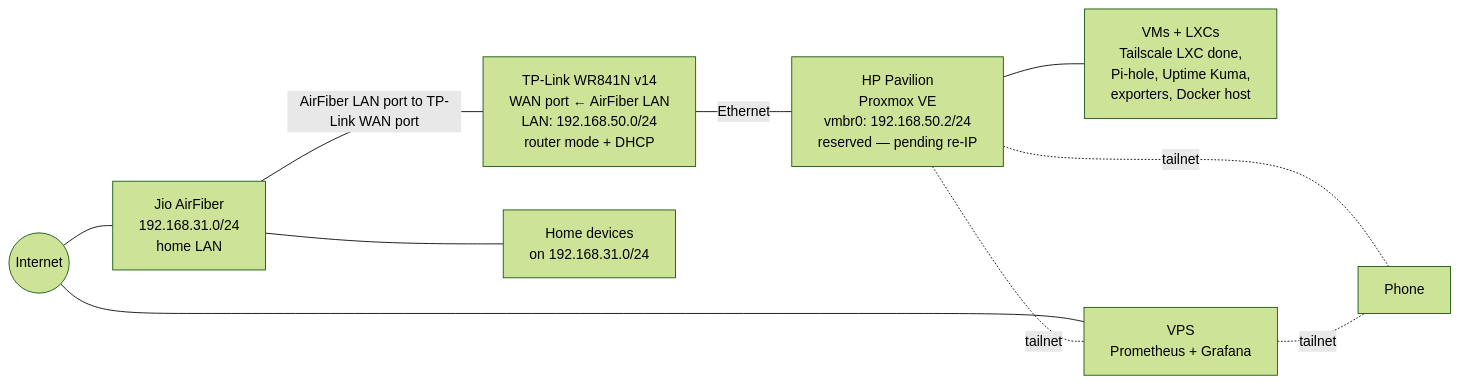
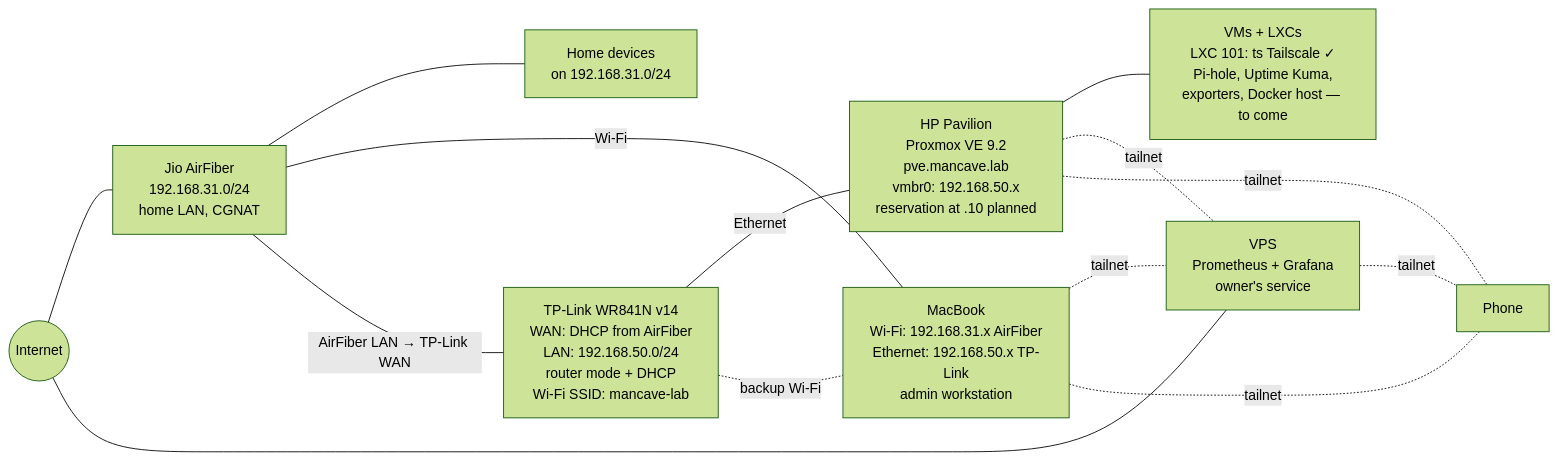
The first of 2 diagrams in topology.md (SaiVikrantG/mancave.lab), drawn with Mermaid (forest theme) before and after one commit. The commit also changed other lines of this file and 2 other files, not shown here.

````diff
--- a/topology.md
+++ b/topology.md
@@ -53,22 +15,27 @@
 ```mermaid
 graph LR
     INET((Internet))
-    JIO[Jio AirFiber<br/>192.168.31.0/24<br/>home LAN]
-    TPL[TP-Link WR841N v14<br/>WAN port ← AirFiber LAN<br/>LAN: 192.168.50.0/24<br/>router mode + DHCP]
-    HP[HP Pavilion<br/>Proxmox VE<br/>vmbr0: 192.168.50.2/24<br/>reserved — pending re-IP]
-    VMS[VMs + LXCs<br/>Tailscale LXC done,<br/>Pi-hole, Uptime Kuma,<br/>exporters, Docker host]
-    VPS[VPS<br/>Prometheus + Grafana]
+    JIO[Jio AirFiber<br/>192.168.31.0/24<br/>home LAN, CGNAT]
+    TPL[TP-Link WR841N v14<br/>WAN: DHCP from AirFiber<br/>LAN: 192.168.50.0/24<br/>router mode + DHCP<br/>Wi-Fi SSID: mancave-lab]
+    HP[HP Pavilion<br/>Proxmox VE 9.2<br/>pve.mancave.lab<br/>vmbr0: 192.168.50.x<br/>reservation at .10 planned]
+    VMS[VMs + LXCs<br/>LXC 101: ts Tailscale ✓<br/>Pi-hole, Uptime Kuma,<br/>exporters, Docker host — to come]
+    VPS[VPS<br/>Prometheus + Grafana<br/>owner's service]
     PHONE[Phone]
+    MAC[MacBook<br/>Wi-Fi: 192.168.31.x AirFiber<br/>Ethernet: 192.168.50.x TP-Link<br/>admin workstation]
     HOME[Home devices<br/>on 192.168.31.0/24]
 
     INET --- JIO
     JIO --- HOME
-    JIO -- AirFiber LAN port to TP-Link WAN port --- TPL
+    JIO -- Wi-Fi --- MAC
+    JIO -- AirFiber LAN → TP-Link WAN --- TPL
     TPL -- Ethernet --- HP
+    TPL -. backup Wi-Fi .- MAC
     HP --- VMS
     INET --- VPS
 
     HP -. tailnet .- VPS
     HP -. tailnet .- PHONE
+    MAC -. tailnet .- VPS
+    MAC -. tailnet .- PHONE
     VPS -. tailnet .- PHONE
 ```
````
